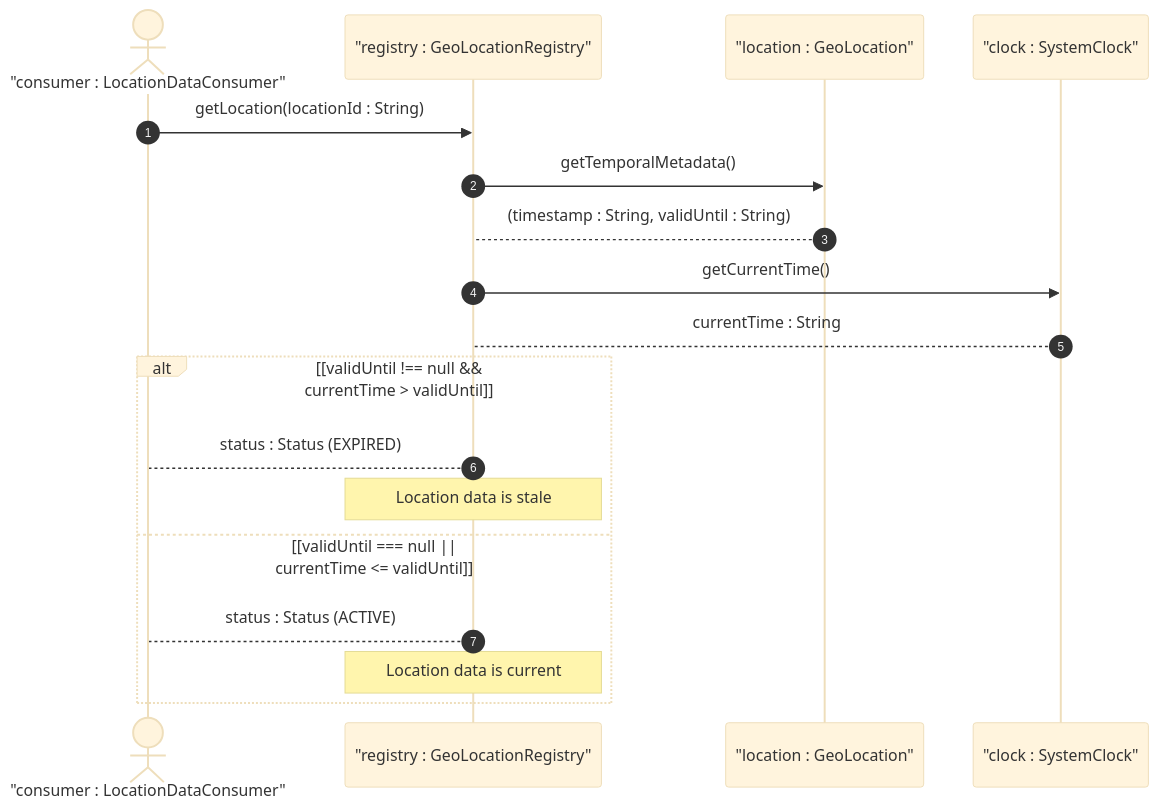
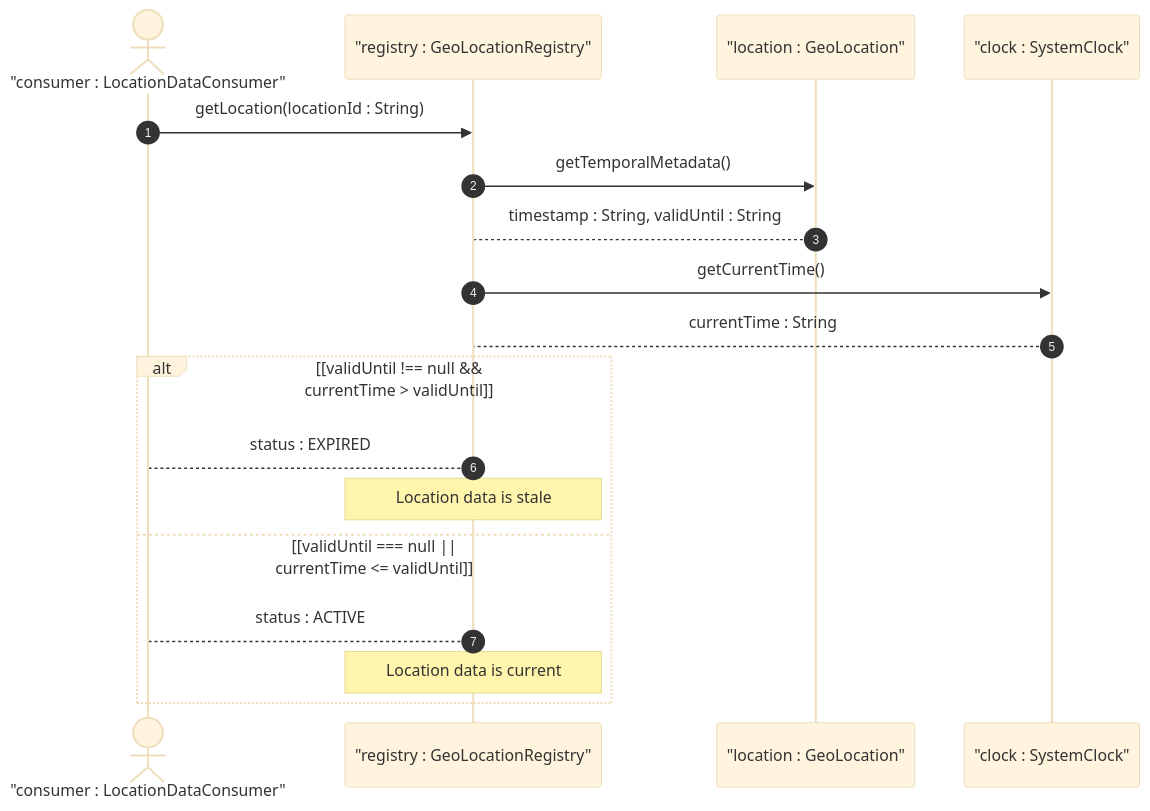
One commit to gintatkinson/dep-tst40 changed the first of 2 diagrams in docs/user-stories/us-02-temporal-lifecycle.md. Above: the diagram before and after it, drawn with Mermaid (base theme). The commit also changed 10 other files, not shown here.

First line of the commit message:
docs: fix UML compliance — placeholders, multiplicities, return messages, operations

````diff
--- a/docs/user-stories/us-02-temporal-lifecycle.md
+++ b/docs/user-stories/us-02-temporal-lifecycle.md
@@ -28,23 +28,23 @@
 ```mermaid
 sequenceDiagram
     autonumber
     actor consumer as "consumer : LocationDataConsumer"
     participant registry as "registry : GeoLocationRegistry"
     participant location as "location : GeoLocation"
     participant clock as "clock : SystemClock"
 
     consumer->>registry: getLocation(locationId : String)
     registry->>location: getTemporalMetadata()
-    location-->registry: (timestamp : String, validUntil : String)
+    location-->registry: timestamp : String, validUntil : String
 
     registry->>clock: getCurrentTime()
     clock-->registry: currentTime : String
 
     alt [validUntil !== null && currentTime > validUntil]
-        registry-->consumer: status : Status (EXPIRED)
+        registry-->consumer: status : EXPIRED
         Note over registry: Location data is stale
     else [validUntil === null || currentTime <= validUntil]
-        registry-->consumer: status : Status (ACTIVE)
+        registry-->consumer: status : ACTIVE
         Note over registry: Location data is current
     end
 ```
````
